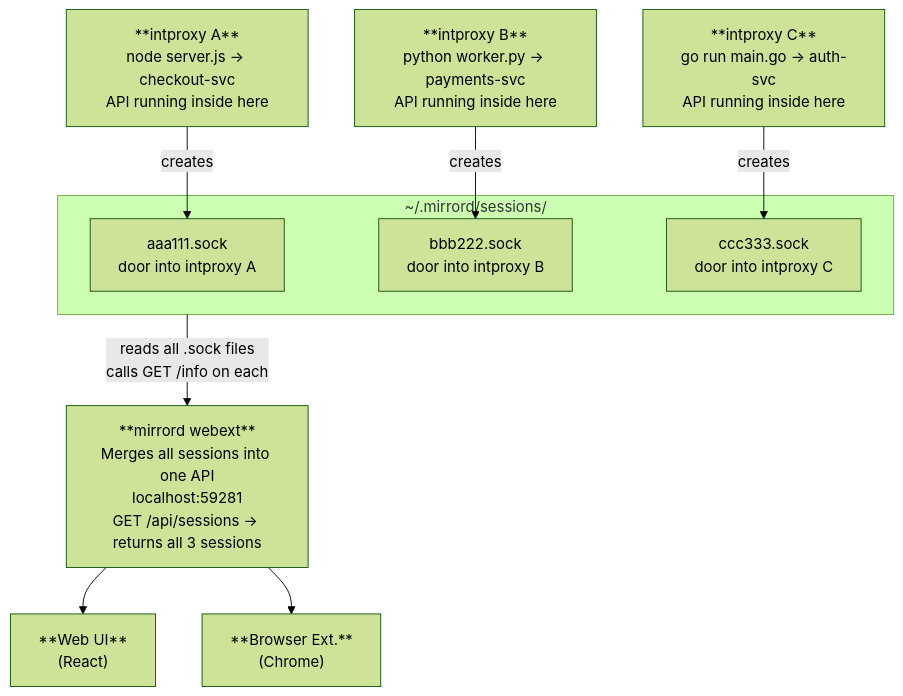
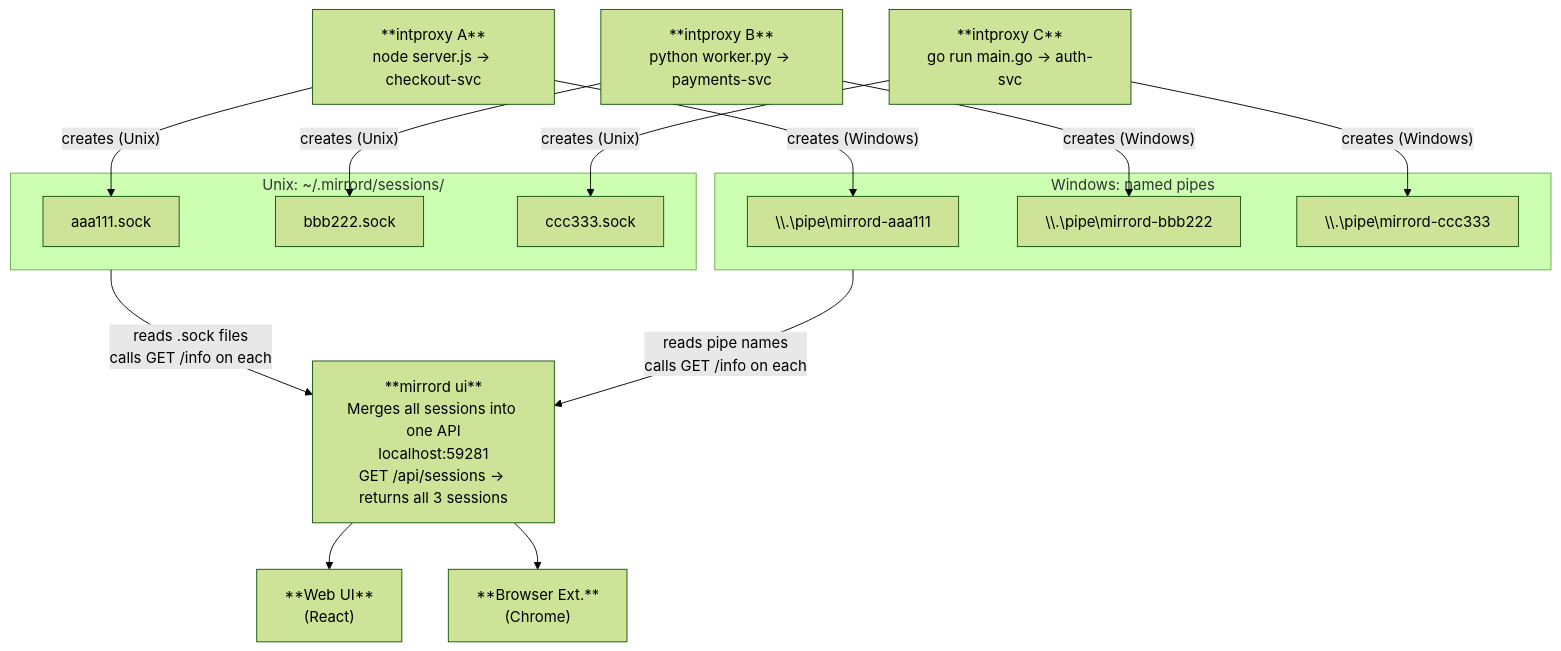
The diagram in text/0004-session-monitor.md (metalbear-co/rfcs), drawn with Mermaid (forest theme) before and after one commit.

Commit message:
rfc: update architecture diagram to show Windows named pipe support

````diff
--- a/text/0004-session-monitor.md
+++ b/text/0004-session-monitor.md
@@ -116,23 +116,34 @@
 ```mermaid
 flowchart TD
-    A["**intproxy A**\nnode server.js → checkout-svc\nAPI running inside here"]
-    B["**intproxy B**\npython worker.py → payments-svc\nAPI running inside here"]
-    C["**intproxy C**\ngo run main.go → auth-svc\nAPI running inside here"]
+    A["**intproxy A**\nnode server.js → checkout-svc"]
+    B["**intproxy B**\npython worker.py → payments-svc"]
+    C["**intproxy C**\ngo run main.go → auth-svc"]
 
-    subgraph sessions ["~/.mirrord/sessions/"]
-        S1["aaa111.sock\ndoor into intproxy A"]
-        S2["bbb222.sock\ndoor into intproxy B"]
-        S3["ccc333.sock\ndoor into intproxy C"]
+    subgraph unix ["Unix: ~/.mirrord/sessions/"]
+        S1["aaa111.sock"]
+        S2["bbb222.sock"]
+        S3["ccc333.sock"]
     end
 
-    A -->|creates| S1
-    B -->|creates| S2
-    C -->|creates| S3
+    subgraph windows ["Windows: named pipes"]
+        P1["\\.\pipe\mirrord-aaa111"]
+        P2["\\.\pipe\mirrord-bbb222"]
+        P3["\\.\pipe\mirrord-ccc333"]
+    end
 
-    sessions -->|"reads all .sock files\ncalls GET /info on each"| W
+    A -->|"creates (Unix)"| S1
+    B -->|"creates (Unix)"| S2
+    C -->|"creates (Unix)"| S3
 
-    W["**mirrord webext**\nMerges all sessions into one API\nlocalhost:59281\nGET /api/sessions → returns all 3 sessions"]
+    A -->|"creates (Windows)"| P1
+    B -->|"creates (Windows)"| P2
+    C -->|"creates (Windows)"| P3
+
+    unix -->|"reads .sock files\ncalls GET /info on each"| W
+    windows -->|"reads pipe names\ncalls GET /info on each"| W
+
+    W["**mirrord ui**\nMerges all sessions into one API\nlocalhost:59281\nGET /api/sessions → returns all 3 sessions"]
 
     W --> UI["**Web UI**\n(React)"]
     W --> EXT["**Browser Ext.**\n(Chrome)"]
 ```
````
